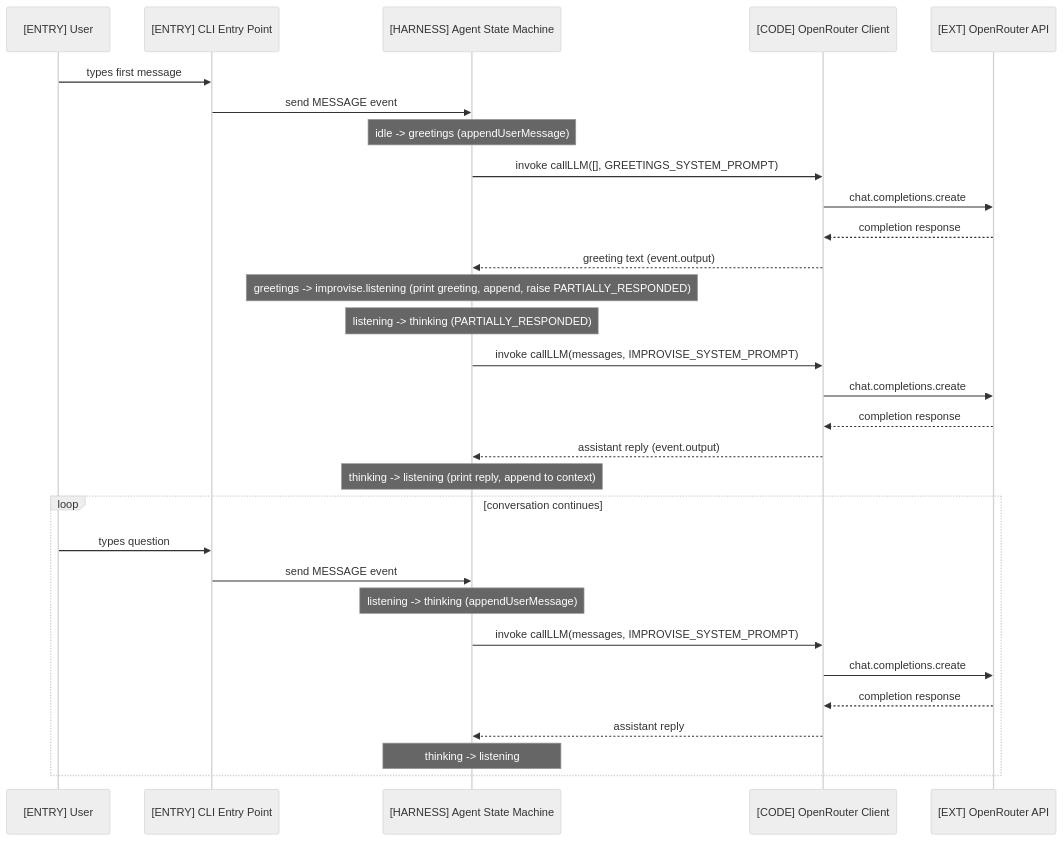
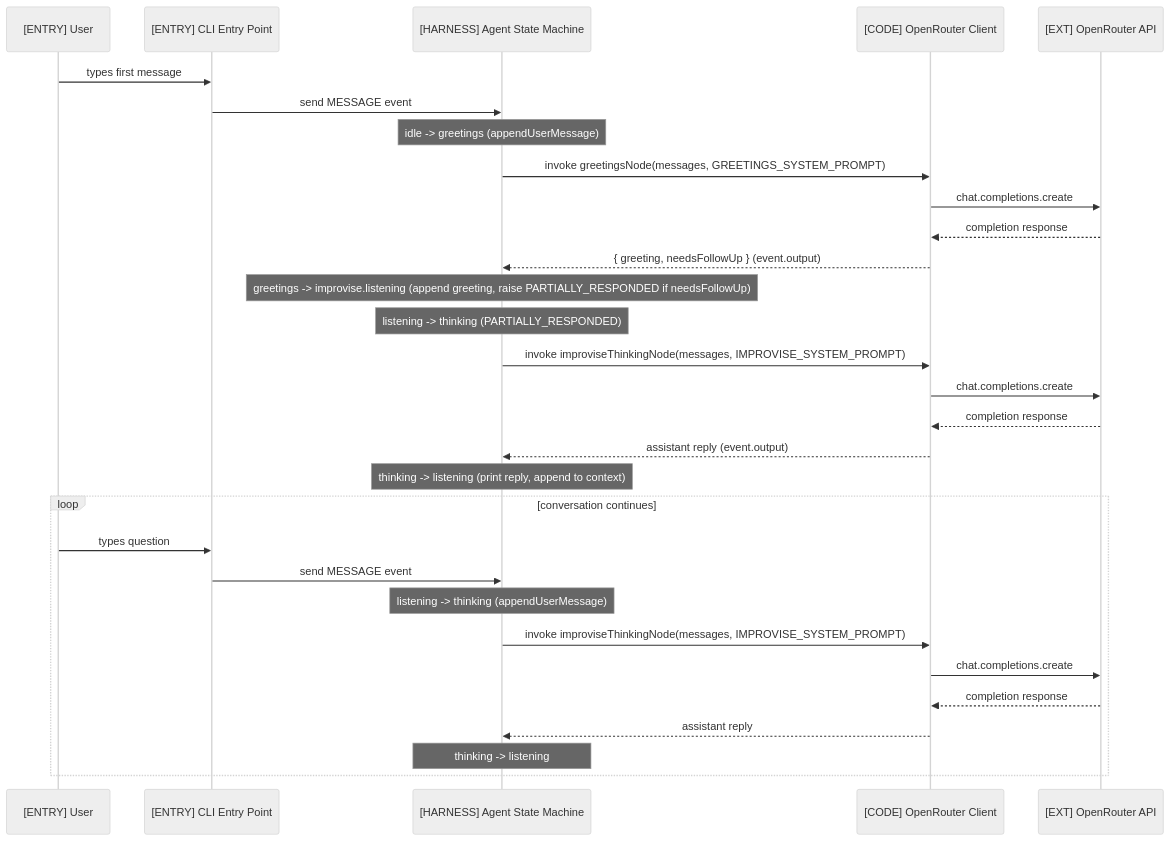
The second of 2 diagrams in README.md (EduardoRenani/ai-agent-xstate), drawn with Mermaid (neutral theme) before and after one commit. The commit also changed other lines of this file, not shown here.

````diff
--- a/README.md
+++ b/README.md
@@ -77,34 +36,34 @@
 ```mermaid
 sequenceDiagram
     participant user as [ENTRY] User
     participant cli as [ENTRY] CLI Entry Point
     participant machine as [HARNESS] Agent State Machine
     participant client as [CODE] OpenRouter Client
     participant api as [EXT] OpenRouter API
 
     user->>cli: types first message
     cli->>machine: send MESSAGE event
     Note over machine: idle -> greetings (appendUserMessage)
-    machine->>client: invoke callLLM([], GREETINGS_SYSTEM_PROMPT)
+    machine->>client: invoke greetingsNode(messages, GREETINGS_SYSTEM_PROMPT)
     client->>api: chat.completions.create
     api-->>client: completion response
-    client-->>machine: greeting text (event.output)
-    Note over machine: greetings -> improvise.listening (print greeting, append, raise PARTIALLY_RESPONDED)
+    client-->>machine: { greeting, needsFollowUp } (event.output)
+    Note over machine: greetings -> improvise.listening (append greeting, raise PARTIALLY_RESPONDED if needsFollowUp)
     Note over machine: listening -> thinking (PARTIALLY_RESPONDED)
-    machine->>client: invoke callLLM(messages, IMPROVISE_SYSTEM_PROMPT)
+    machine->>client: invoke improviseThinkingNode(messages, IMPROVISE_SYSTEM_PROMPT)
     client->>api: chat.completions.create
     api-->>client: completion response
     client-->>machine: assistant reply (event.output)
     Note over machine: thinking -> listening (print reply, append to context)
 
     loop conversation continues
         user->>cli: types question
         cli->>machine: send MESSAGE event
         Note over machine: listening -> thinking (appendUserMessage)
-        machine->>client: invoke callLLM(messages, IMPROVISE_SYSTEM_PROMPT)
+        machine->>client: invoke improviseThinkingNode(messages, IMPROVISE_SYSTEM_PROMPT)
         client->>api: chat.completions.create
         api-->>client: completion response
         client-->>machine: assistant reply
         Note over machine: thinking -> listening
     end
 ```
````
